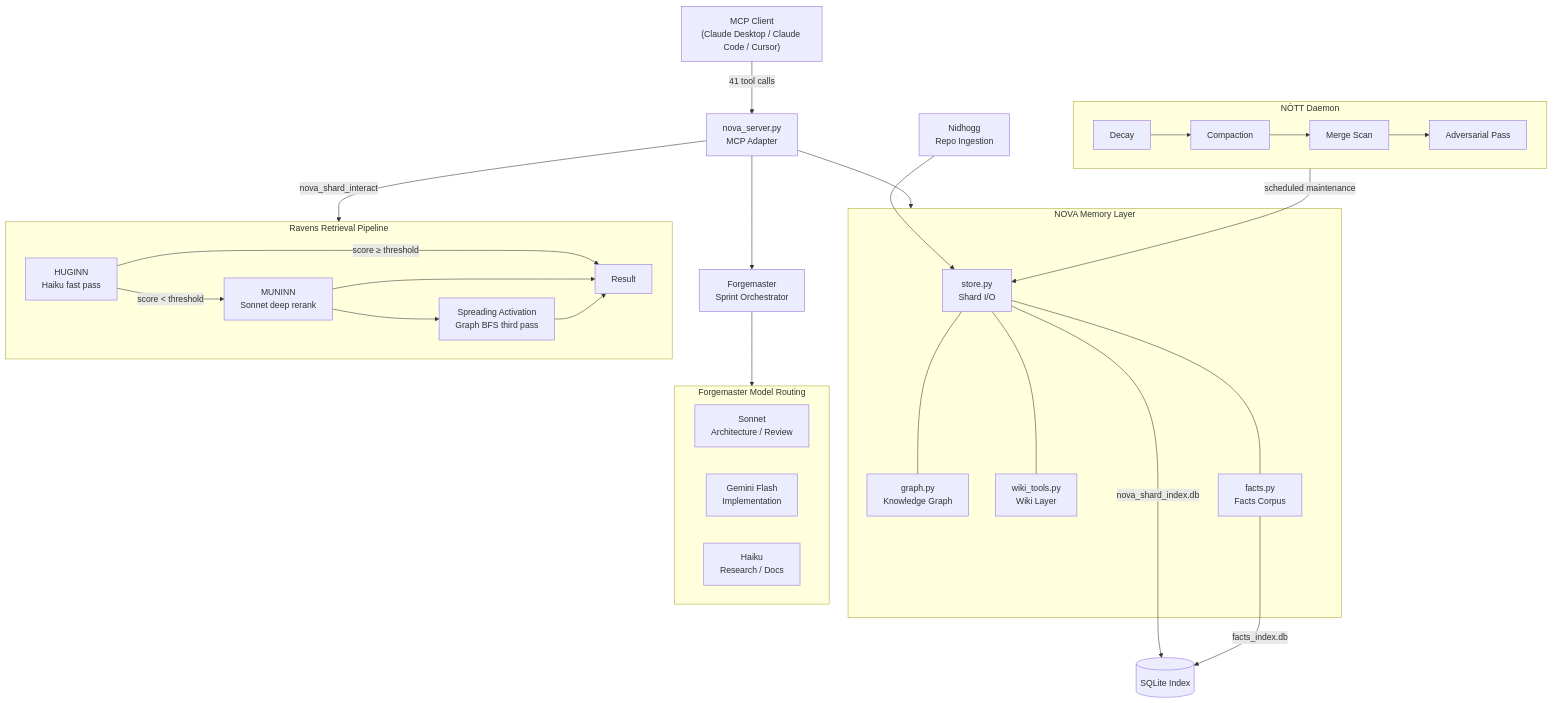
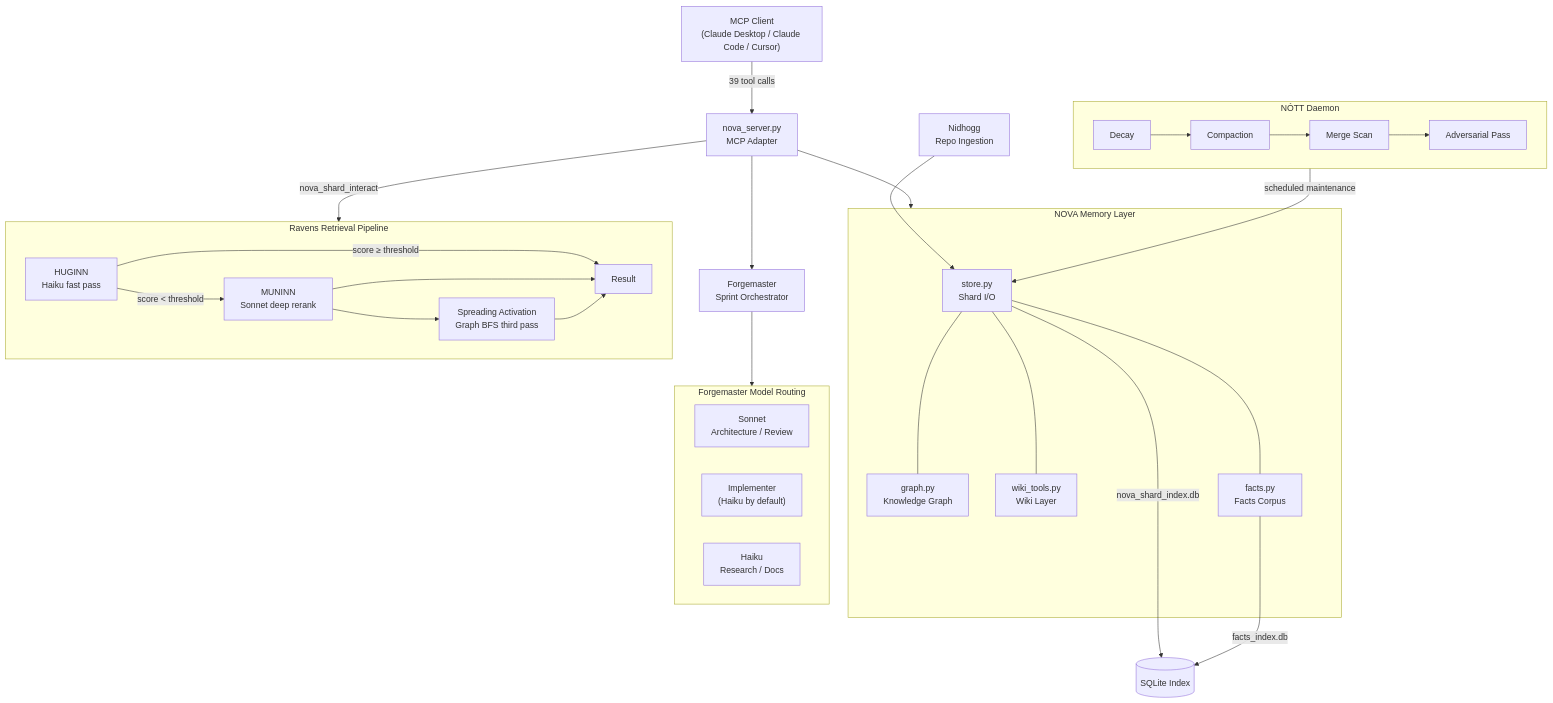
Before and after one commit to Vintersong/NOVA-Cognition-Framework: the diagram in README.md, drawn with Mermaid. The commit also changed other lines of this file and 38 other files, not shown here.

````diff
--- a/README.md
+++ b/README.md
@@ -92,42 +91,42 @@
 ```mermaid
 graph TD
-    A["MCP Client\n(Claude Desktop / Claude Code / Cursor)"] -->|"41 tool calls"| B["nova_server.py\nMCP Adapter"]
+    A["MCP Client\n(Claude Desktop / Claude Code / Cursor)"] -->|"39 tool calls"| B["nova_server.py\nMCP Adapter"]
 
     B --> C
     B -->|"nova_shard_interact"| R
     B --> D
 
     subgraph C["NOVA Memory Layer"]
         C1["store.py\nShard I/O"] --- C2["graph.py\nKnowledge Graph"]
         C1 --- C3["wiki_tools.py\nWiki Layer"]
         C1 --- C4["facts.py\nFacts Corpus"]
     end
 
     C1 -->|"nova_shard_index.db"| E[("SQLite Index")]
     C4 -->|"facts_index.db"| E
 
     subgraph R["Ravens Retrieval Pipeline"]
         R1["HUGINN\nHaiku fast pass"] -->|"score ≥ threshold"| R3["Result"]
         R1 -->|"score < threshold"| R2["MUNINN\nSonnet deep rerank"]
         R2 --> R3
         R2 --> R4["Spreading Activation\nGraph BFS third pass"]
         R4 --> R3
     end
 
     subgraph N["NÓTT Daemon"]
         N1["Decay"] --> N2["Compaction"]
         N2 --> N3["Merge Scan"]
         N3 --> N4["Adversarial Pass"]
     end
 
     N -->|"scheduled maintenance"| C1
     ND["Nidhogg\nRepo Ingestion"] --> C1
 
     subgraph FM["Forgemaster Model Routing"]
         FM1["Sonnet\nArchitecture / Review"]
-        FM2["Gemini Flash\nImplementation"]
+        FM2["Implementer\n(Haiku by default)"]
         FM3["Haiku\nResearch / Docs"]
     end
 
     D["Forgemaster\nSprint Orchestrator"] --> FM
 ```
````
